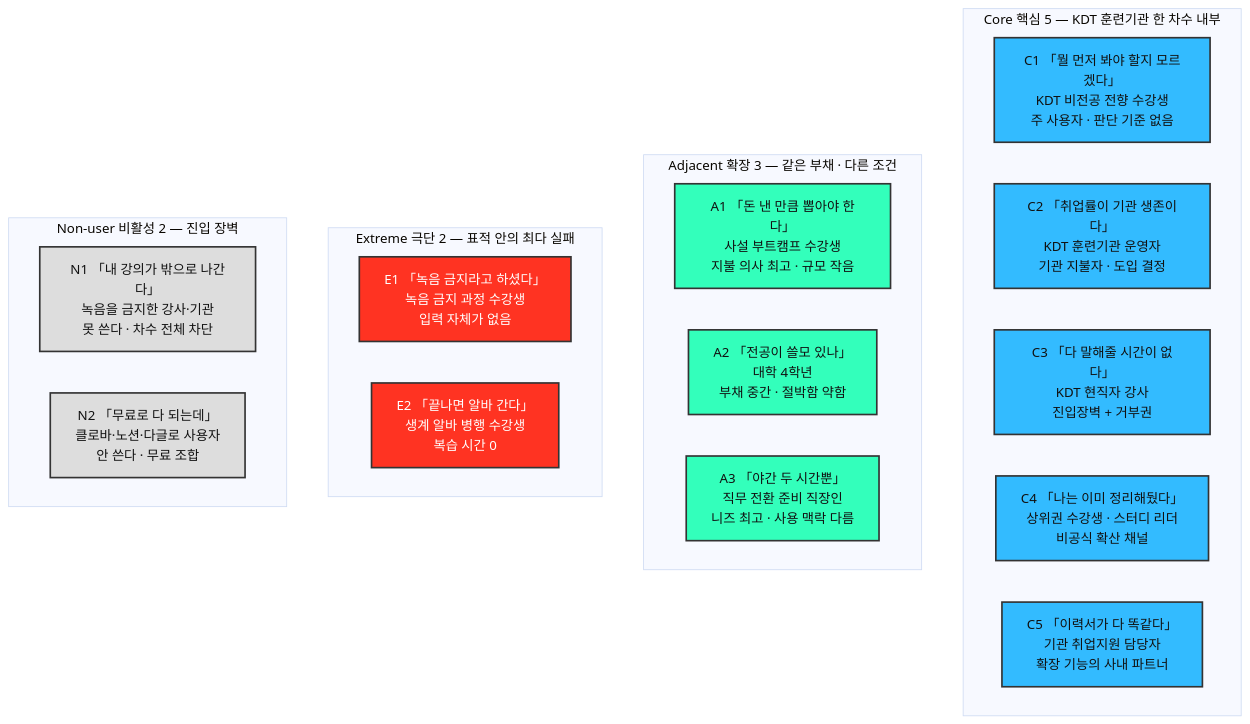
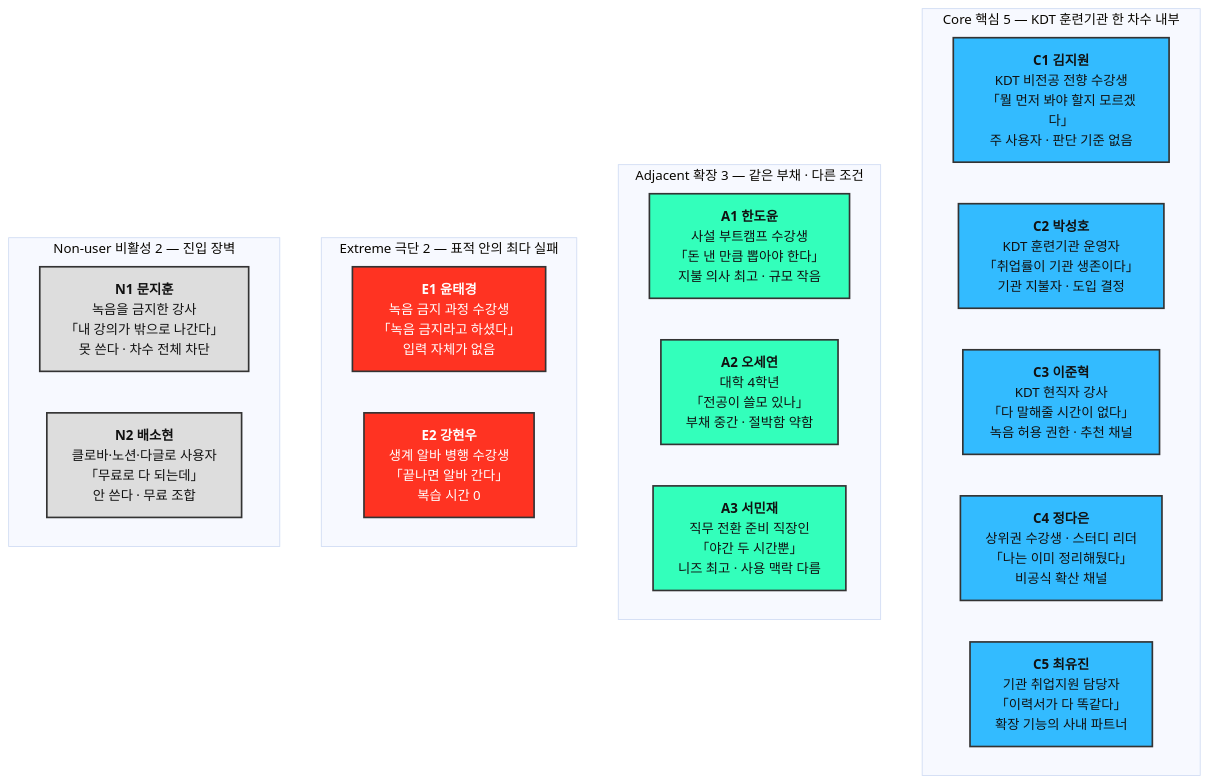
One commit to happai079/business-research-kokjip changed the second of 3 diagrams in 05-persona-spectrum-journey-map/case-01-persona-spectrum.md. Above: the diagram before and after it, drawn with Mermaid (base theme). The commit also changed other lines of this file and 4 other files, not shown here.

````diff
--- a/05-persona-spectrum-journey-map/case-01-persona-spectrum.md
+++ b/05-persona-spectrum-journey-map/case-01-persona-spectrum.md
@@ -229,39 +248,39 @@
 ```mermaid
 graph TB
     subgraph CORE["Core 핵심 5 — KDT 훈련기관 한 차수 내부"]
         direction LR
-        C1["C1 「뭘 먼저 봐야 할지 모르겠다」<br>KDT 비전공 전향 수강생<br>주 사용자 · 판단 기준 없음"]
-        C2["C2 「취업률이 기관 생존이다」<br>KDT 훈련기관 운영자<br>기관 지불자 · 도입 결정"]
-        C3["C3 「다 말해줄 시간이 없다」<br>KDT 현직자 강사<br>진입장벽 + 거부권"]
-        C4["C4 「나는 이미 정리해뒀다」<br>상위권 수강생 · 스터디 리더<br>비공식 확산 채널"]
-        C5["C5 「이력서가 다 똑같다」<br>기관 취업지원 담당자<br>확장 기능의 사내 파트너"]
+        C1["<b>C1 김지원</b><br>KDT 비전공 전향 수강생<br>「뭘 먼저 봐야 할지 모르겠다」<br>주 사용자 · 판단 기준 없음"]
+        C2["<b>C2 박성호</b><br>KDT 훈련기관 운영자<br>「취업률이 기관 생존이다」<br>기관 지불자 · 도입 결정"]
+        C3["<b>C3 이준혁</b><br>KDT 현직자 강사<br>「다 말해줄 시간이 없다」<br>녹음 허용 권한 · 추천 채널"]
+        C4["<b>C4 정다은</b><br>상위권 수강생 · 스터디 리더<br>「나는 이미 정리해뒀다」<br>비공식 확산 채널"]
+        C5["<b>C5 최유진</b><br>기관 취업지원 담당자<br>「이력서가 다 똑같다」<br>확장 기능의 사내 파트너"]
     end
 
     subgraph ADJ["Adjacent 확장 3 — 같은 부채 · 다른 조건"]
         direction LR
-        A1["A1 「돈 낸 만큼 뽑아야 한다」<br>사설 부트캠프 수강생<br>지불 의사 최고 · 규모 작음"]
-        A2["A2 「전공이 쓸모 있나」<br>대학 4학년<br>부채 중간 · 절박함 약함"]
-        A3["A3 「야간 두 시간뿐」<br>직무 전환 준비 직장인<br>니즈 최고 · 사용 맥락 다름"]
+        A1["<b>A1 한도윤</b><br>사설 부트캠프 수강생<br>「돈 낸 만큼 뽑아야 한다」<br>지불 의사 최고 · 규모 작음"]
+        A2["<b>A2 오세연</b><br>대학 4학년<br>「전공이 쓸모 있나」<br>부채 중간 · 절박함 약함"]
+        A3["<b>A3 서민재</b><br>직무 전환 준비 직장인<br>「야간 두 시간뿐」<br>니즈 최고 · 사용 맥락 다름"]
     end
 
     subgraph EXT["Extreme 극단 2 — 표적 안의 최다 실패"]
         direction LR
-        E1["E1 「녹음 금지라고 하셨다」<br>녹음 금지 과정 수강생<br>입력 자체가 없음"]
-        E2["E2 「끝나면 알바 간다」<br>생계 알바 병행 수강생<br>복습 시간 0"]
+        E1["<b>E1 윤태경</b><br>녹음 금지 과정 수강생<br>「녹음 금지라고 하셨다」<br>입력 자체가 없음"]
+        E2["<b>E2 강현우</b><br>생계 알바 병행 수강생<br>「끝나면 알바 간다」<br>복습 시간 0"]
     end
 
     subgraph NON["Non-user 비활성 2 — 진입 장벽"]
         direction LR
-        N1["N1 「내 강의가 밖으로 나간다」<br>녹음을 금지한 강사·기관<br>못 쓴다 · 차수 전체 차단"]
-        N2["N2 「무료로 다 되는데」<br>클로바·노션·다글로 사용자<br>안 쓴다 · 무료 조합"]
+        N1["<b>N1 문지훈</b><br>녹음을 금지한 강사<br>「내 강의가 밖으로 나간다」<br>못 쓴다 · 차수 전체 차단"]
+        N2["<b>N2 배소현</b><br>클로바·노션·다글로 사용자<br>「무료로 다 되는데」<br>안 쓴다 · 무료 조합"]
     end
 
     classDef core fill:#33BBFF,stroke:#333,stroke-width:2px,color:#111;
     classDef adj fill:#33FFBB,stroke:#333,stroke-width:2px,color:#111;
     classDef ext fill:#FF3322,stroke:#333,stroke-width:2px,color:#fff;
     classDef non fill:#DDDDDD,stroke:#333,stroke-width:2px,color:#111;
     class C1,C2,C3,C4,C5 core;
     class A1,A2,A3 adj;
     class E1,E2 ext;
     class N1,N2 non;
 ```
````
